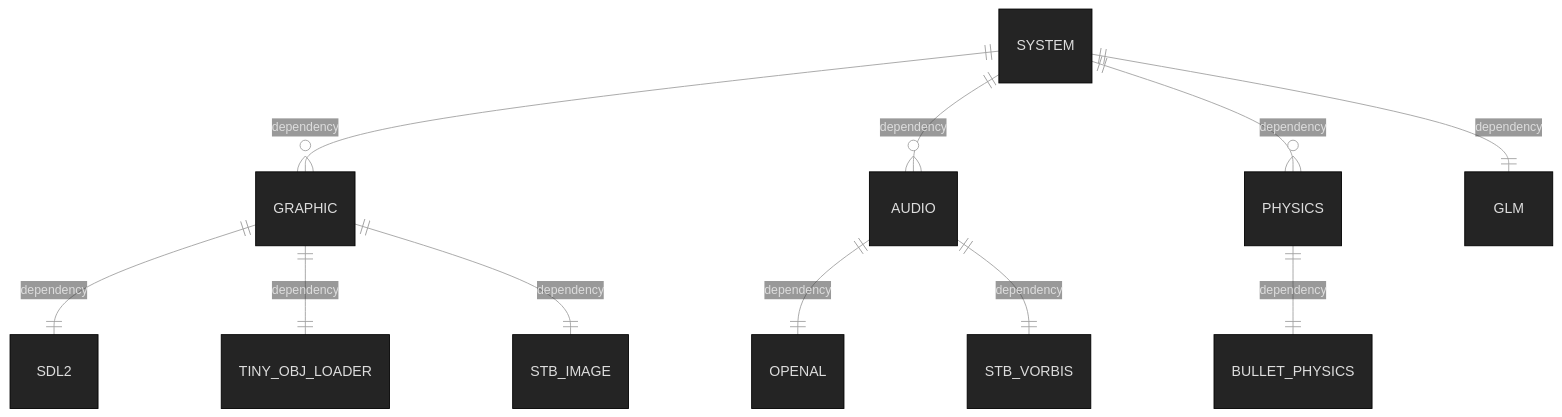
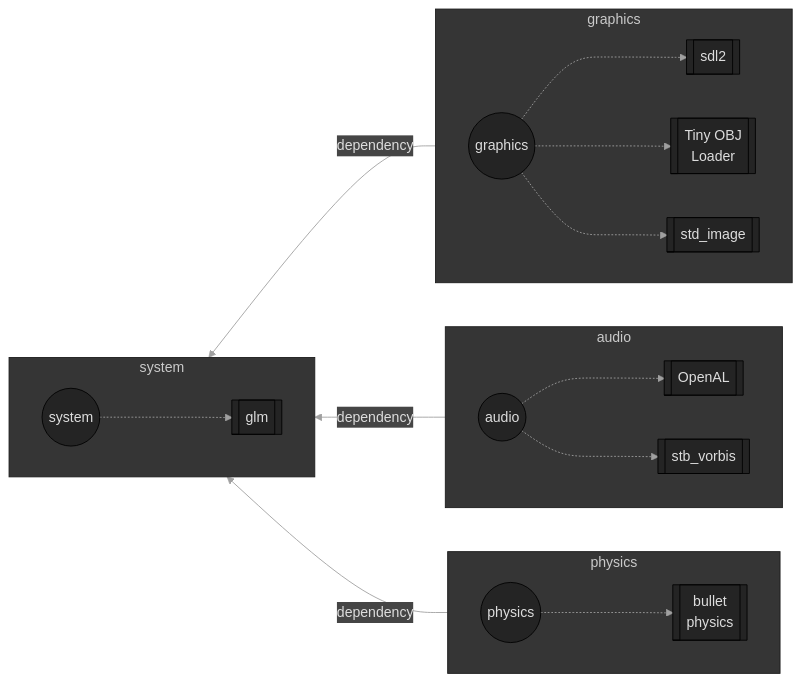
One commit to GuillaumeBouchetEpitech/geronimo changed the second of 2 diagrams in README.md. Above: the diagram before and after it, drawn with Mermaid. The commit also changed 82 other files, not shown here.

````diff
--- a/README.md
+++ b/README.md
@@ -96,31 +96,61 @@
 ```mermaid
 
 %%{
   init: {
     'theme': 'base',
     'themeVariables': {
       'primaryColor': '#242424',
       'primaryTextColor': '#DDD',
       'primaryBorderColor': '#000',
       'lineColor': '#A0A0A0',
       'secondaryColor': '#454545',
       'tertiaryColor': '#353535'
     }
   }
 }%%
 
-  erDiagram
+  flowchart RL
 
-    SYSTEM ||--o{ GRAPHIC : dependency
-    SYSTEM ||--o{ AUDIO : dependency
-    SYSTEM ||--o{ PHYSICS : dependency
+    subgraph system
+      direction LR
+      SYSTEM((system))
+      GLM[[glm]]
+    end
 
-    SYSTEM ||--|| GLM : dependency
-    GRAPHIC ||--|| SDL2 : dependency
-    GRAPHIC ||--|| TINY_OBJ_LOADER : dependency
-    GRAPHIC ||--|| STB_IMAGE : dependency
-    AUDIO ||--|| OPENAL : dependency
-    AUDIO ||--|| STB_VORBIS : dependency
-    PHYSICS ||--|| BULLET_PHYSICS : dependency
+    subgraph graphics
+      direction LR
+      GRAPHICS((graphics))
+      SDL2[[sdl2]]
+      TINY_OBJ_LOADER[[Tiny OBJ<br>Loader]]
+      STB_IMAGE[[std_image]]
+    end
+
+    subgraph audio
+      direction LR
+      AUDIO((audio))
+      OPENAL[[OpenAL]]
+      STB_VORBIS[[stb_vorbis]]
+    end
+
+    subgraph physics
+      direction LR
+      PHYSICS((physics))
+      BULLET_PHYSICS[[bullet<br>physics]]
+    end
+
+    SYSTEM -..-> GLM
+
+    GRAPHICS -..-> SDL2
+    GRAPHICS -..-> TINY_OBJ_LOADER
+    GRAPHICS -..-> STB_IMAGE
+
+    AUDIO -..-> OPENAL
+    AUDIO -..-> STB_VORBIS
+
+    PHYSICS -..-> BULLET_PHYSICS
+
+    graphics --dependency--> system
+    audio --dependency--> system
+    physics --dependency--> system
 
 ```
````
